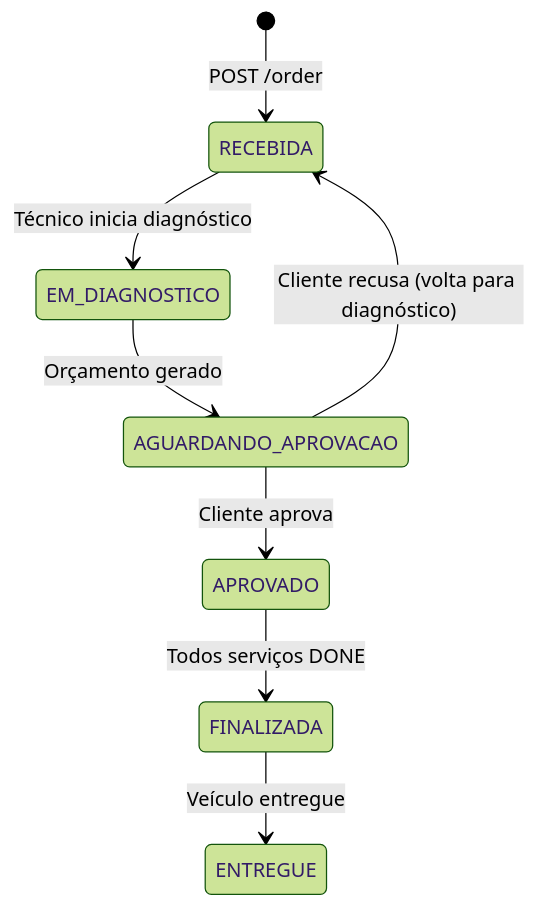
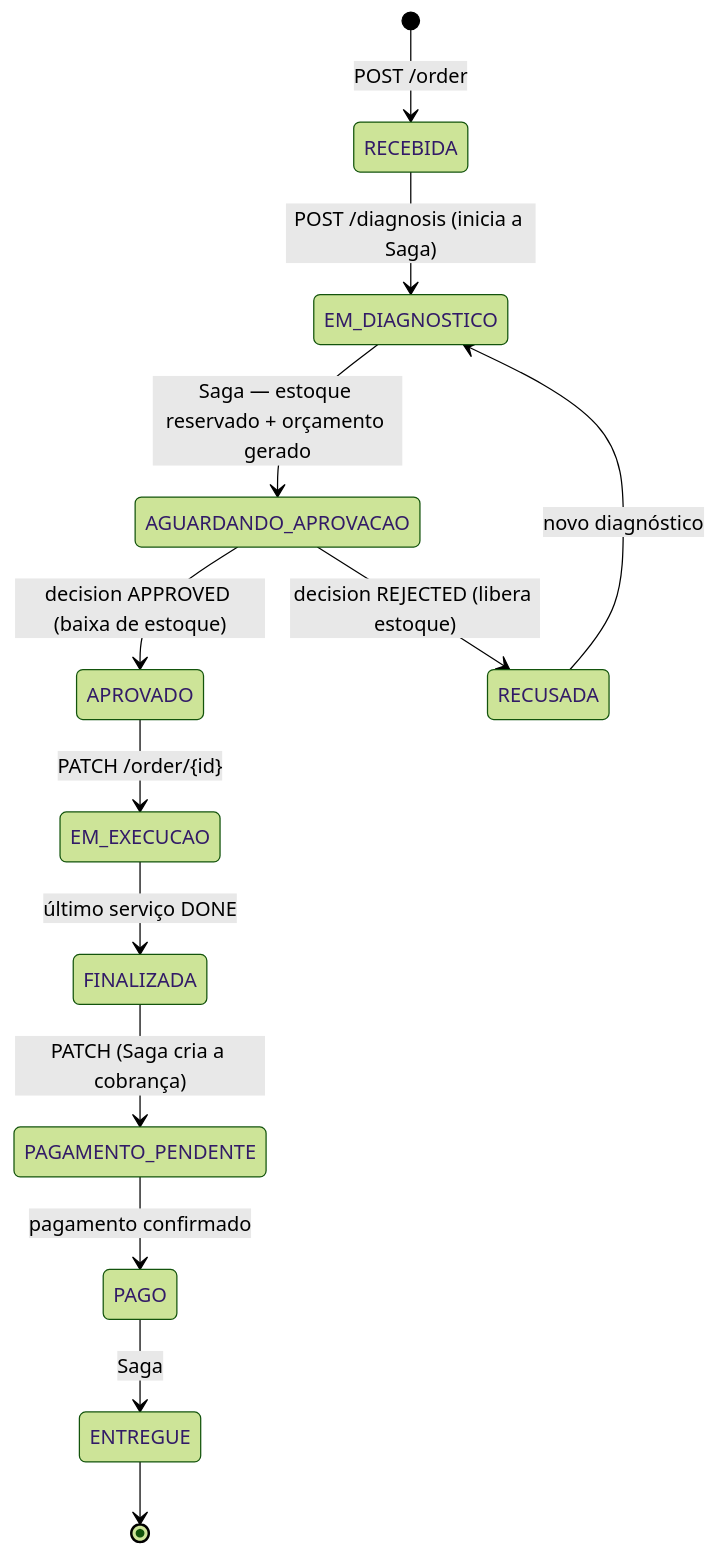
One commit to TechChalleng-FIAP-SOAT/workbench-technical-documentation changed the diagram in 02 - Regras de Negocio/Ciclo de Vida da OS.md. Above: the diagram before and after it, drawn with Mermaid (forest theme). The commit also changed other lines of this file and 38 other files, not shown here.

````diff
--- a/02 - Regras de Negocio/Ciclo de Vida da OS.md
+++ b/02 - Regras de Negocio/Ciclo de Vida da OS.md
@@ -16,10 +14,15 @@
 ```mermaid
 stateDiagram-v2
     [*] --> RECEBIDA: POST /order
-    RECEBIDA --> EM_DIAGNOSTICO: Técnico inicia diagnóstico
-    EM_DIAGNOSTICO --> AGUARDANDO_APROVACAO: Orçamento gerado
-    AGUARDANDO_APROVACAO --> APROVADO: Cliente aprova
-    APROVADO --> FINALIZADA: Todos serviços DONE
-    FINALIZADA --> ENTREGUE: Veículo entregue
-    AGUARDANDO_APROVACAO --> RECEBIDA: Cliente recusa (volta para diagnóstico)
+    RECEBIDA --> EM_DIAGNOSTICO: POST /diagnosis (inicia a Saga)
+    EM_DIAGNOSTICO --> AGUARDANDO_APROVACAO: Saga — estoque reservado + orçamento gerado
+    AGUARDANDO_APROVACAO --> APROVADO: decision APPROVED (baixa de estoque)
+    AGUARDANDO_APROVACAO --> RECUSADA: decision REJECTED (libera estoque)
+    RECUSADA --> EM_DIAGNOSTICO: novo diagnóstico
+    APROVADO --> EM_EXECUCAO: PATCH /order/{id}
+    EM_EXECUCAO --> FINALIZADA: último serviço DONE
+    FINALIZADA --> PAGAMENTO_PENDENTE: PATCH (Saga cria a cobrança)
+    PAGAMENTO_PENDENTE --> PAGO: pagamento confirmado
+    PAGO --> ENTREGUE: Saga
+    ENTREGUE --> [*]
 ```
````
